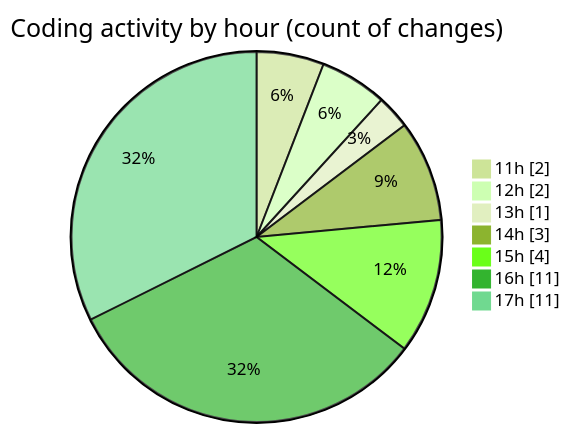
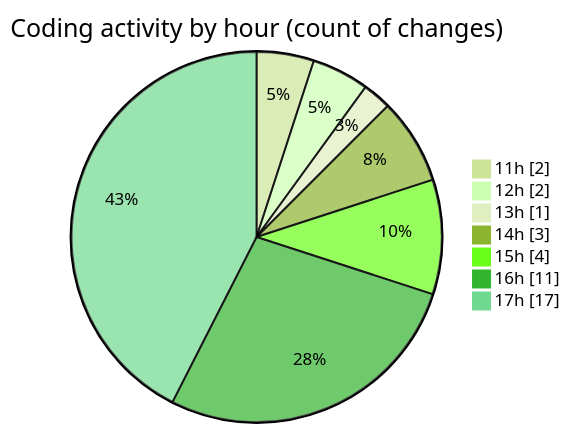
Before and after one commit to nxtqubesakshisongat/code-tracking: the second of 2 diagrams in 2025-10-10/nxtqube_webapp/README.md, drawn with Mermaid (forest theme). The commit also changed other lines of this file and 1 other file, not shown here.

````diff
--- a/2025-10-10/nxtqube_webapp/README.md
+++ b/2025-10-10/nxtqube_webapp/README.md
@@ -35,11 +35,11 @@
 ```mermaid
 pie showData
 title Coding activity by hour (count of changes)
 "11h" : 2
 "12h" : 2
 "13h" : 1
 "14h" : 3
 "15h" : 4
 "16h" : 11
-"17h" : 11
+"17h" : 17
 ```
````
